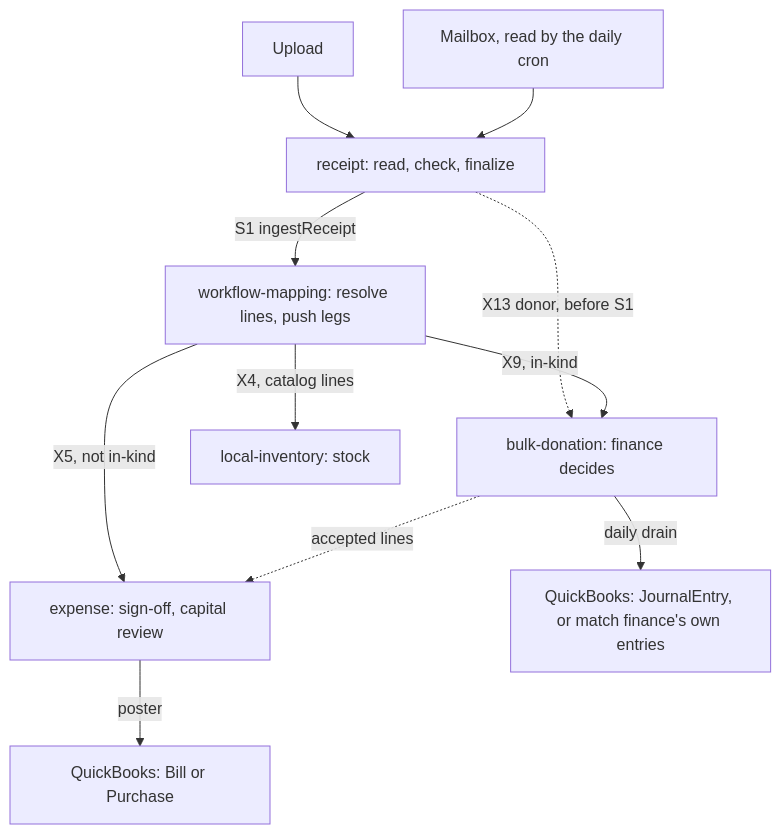
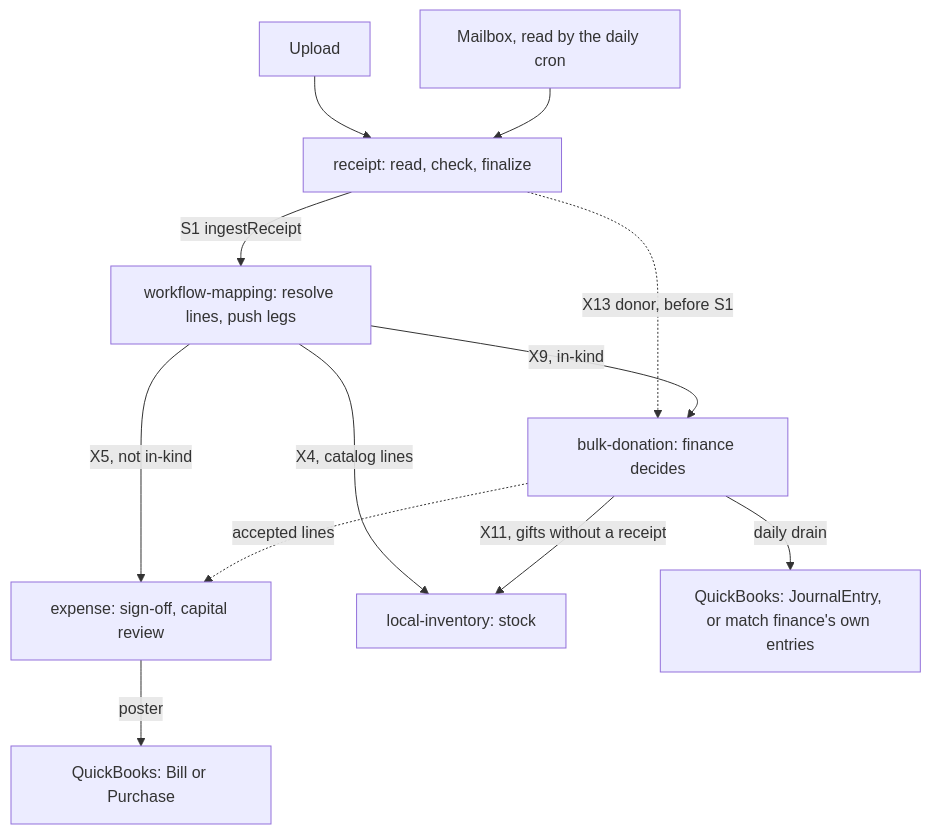
One commit to innovationtreehouse/apps.checkin changed the diagram in docs/architecture/RECEIPT_PIPELINE.md. Above: the diagram before and after it, drawn with Mermaid. The commit also changed other lines of this file, not shown here.

First line of the commit message:
docs(receipt-pipeline): gift stock load and capital review send

````diff
--- a/docs/architecture/RECEIPT_PIPELINE.md
+++ b/docs/architecture/RECEIPT_PIPELINE.md
@@ -17,13 +17,14 @@
 ```mermaid
 flowchart TD
     U["Upload"] --> R
     M["Mailbox, read by the daily cron"] --> R
     R["receipt: read, check, finalize"] -->|"S1 ingestReceipt"| W
     R -.->|"X13 donor, before S1"| D
     W["workflow-mapping: resolve lines, push legs"] -->|"X5, not in-kind"| E
     W -->|"X9, in-kind"| D
     W -->|"X4, catalog lines"| I["local-inventory: stock"]
     E["expense: sign-off, capital review"] -->|"poster"| QE["QuickBooks: Bill or Purchase"]
     D["bulk-donation: finance decides"] -.->|"accepted lines"| E
+    D -->|"X11, gifts without a receipt"| I
     D -->|"daily drain"| QD["QuickBooks: JournalEntry, or match finance's own entries"]
 ```
````
